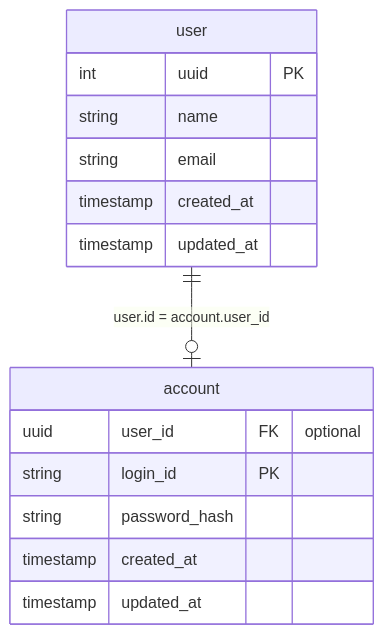
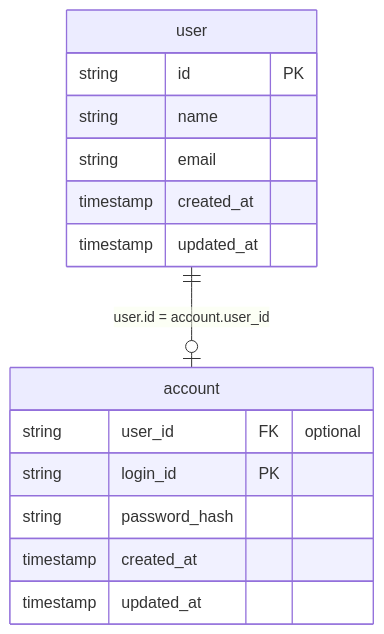
One commit to u7chan/python-fast-api-example changed the diagram in docs/erDiagram.md. Above: the diagram before and after it, drawn with Mermaid. The commit also changed 3 other files, not shown here.

````diff
--- a/docs/erDiagram.md
+++ b/docs/erDiagram.md
@@ -3,20 +3,20 @@
 ```mermaid
 erDiagram
     user ||--o| account : "user.id = account.user_id"
 
     user {
-        int uuid PK ""
+        string id PK ""
         string name
         string email
         timestamp created_at
         timestamp updated_at
     }
 
     account {
-        uuid user_id FK "optional"
+        string user_id FK "optional"
         string login_id PK
         string password_hash
         timestamp created_at
         timestamp updated_at
     }
 ```
````
